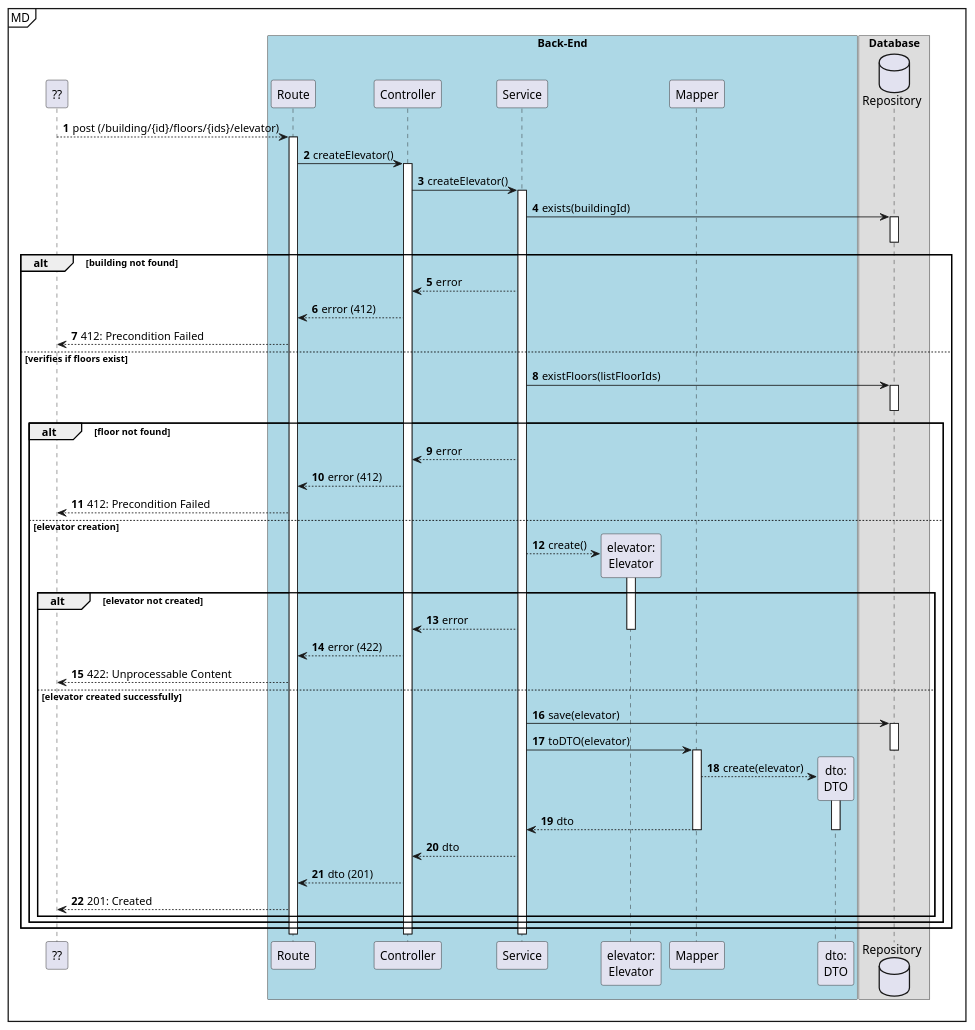
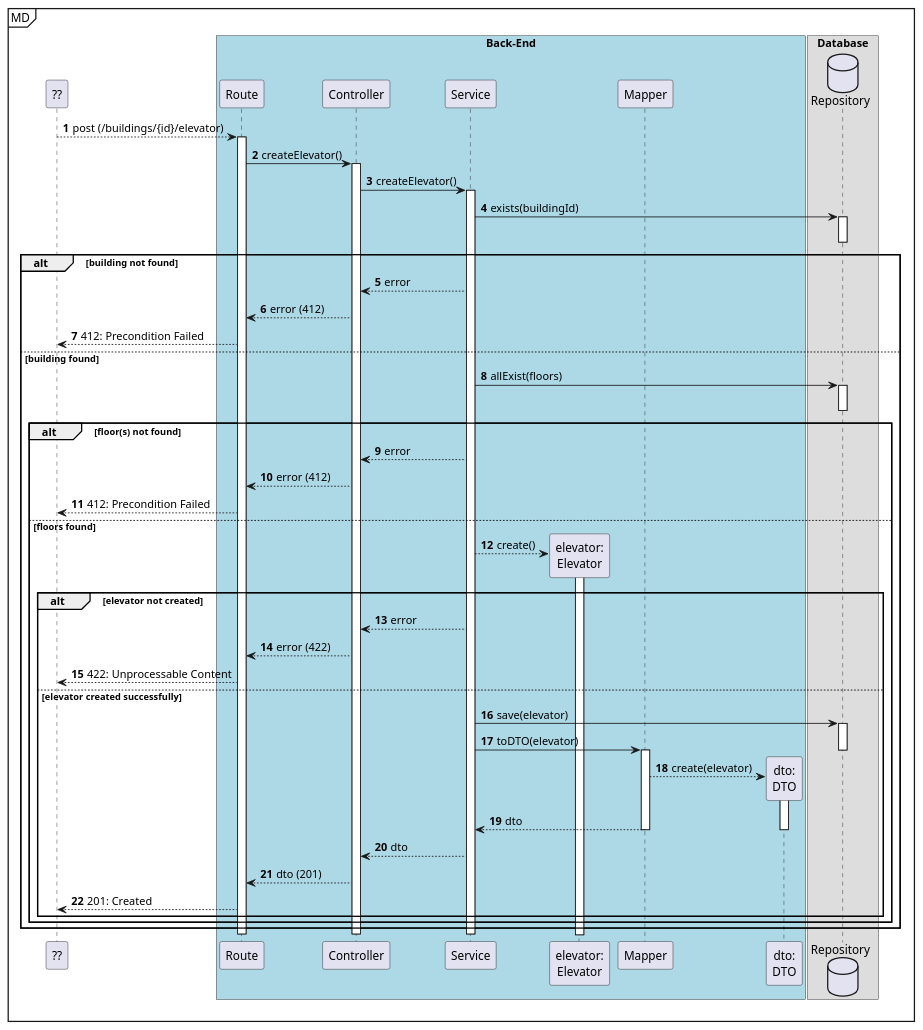
The diagram in docs/us270/level3/process-view.puml (Departamento-de-Engenharia-Informatica/lapr5-23-24-g19), drawn with PlantUML before and after one commit. The commit also changed 7 other files, not shown here.

Commit message:
docs(us270): updated diagrams

```diff
--- a/docs/us270/level3/process-view.puml
+++ b/docs/us270/level3/process-view.puml
@@ -1,87 +1,80 @@
 @startuml
 autonumber
 
 participant "??" as ui
 
 mainframe MD
 box "Back-End" #LightBlue
 participant "Route" as r
 participant "Controller" as ctrl
 participant "Service" as svc
 
 participant "elevator:\nElevator" as elevator
 participant "Mapper" as map
 participant "dto:\nDTO" as dto
 end box
 
 box "Database"
 database "Repository" as repo
 end box
 
-'activate ui
-ui --> r: post (/building/{id}/floors/{ids}/elevator)
+ui --> r: post (/buildings/{id}/elevator)
     activate r
         r -> ctrl : createElevator()
         activate ctrl
             ctrl -> svc : createElevator()
             activate svc
                 svc -> repo : exists(buildingId)
                 activate repo
                 deactivate repo
 
-
                 alt building not found
-
                     svc --> ctrl : error
                     ctrl --> r : error (412)
                     r --> ui : 412: Precondition Failed
+                else building found
+                    svc -> repo: allExist(floors)
 
-                else verifies if floors exist
-
-                    svc -> repo: existFloors(listFloorIds)
                     activate repo
                     deactivate repo
 
-                    alt floor not found
+                    alt floor(s) not found
                         svc --> ctrl : error
                         ctrl --> r : error (412)
                         r --> ui : 412: Precondition Failed
+                    else floors found
+                        svc --> elevator** : create()
 
-                    else elevator creation
-                        svc --> elevator** : create()
                         activate elevator
-
+                        deactivate elevator
 
                         alt elevator not created
                             svc --> ctrl : error
-                            deactivate elevator
                             ctrl --> r : error (422)
-                             r --> ui : 422: Unprocessable Content
+                            r --> ui : 422: Unprocessable Content
 
                         else elevator created successfully
                             svc -> repo : save(elevator)
+
                             activate repo
-                            svc -> map : toDTO(elevator)
+                                svc -> map : toDTO(elevator)
                             deactivate repo
+
                             activate map
                                 map --> dto** : create(elevator)
                                 activate dto
                                     map --> svc : dto
                                 deactivate dto
                             deactivate map
 
                             svc --> ctrl : dto
                             ctrl --> r : dto (201)
                             r --> ui : 201: Created
-
                         end
                     end
                 end
-
             deactivate svc
         deactivate ctrl
     deactivate r
 
-'deactivate ui
-
 @enduml
```
